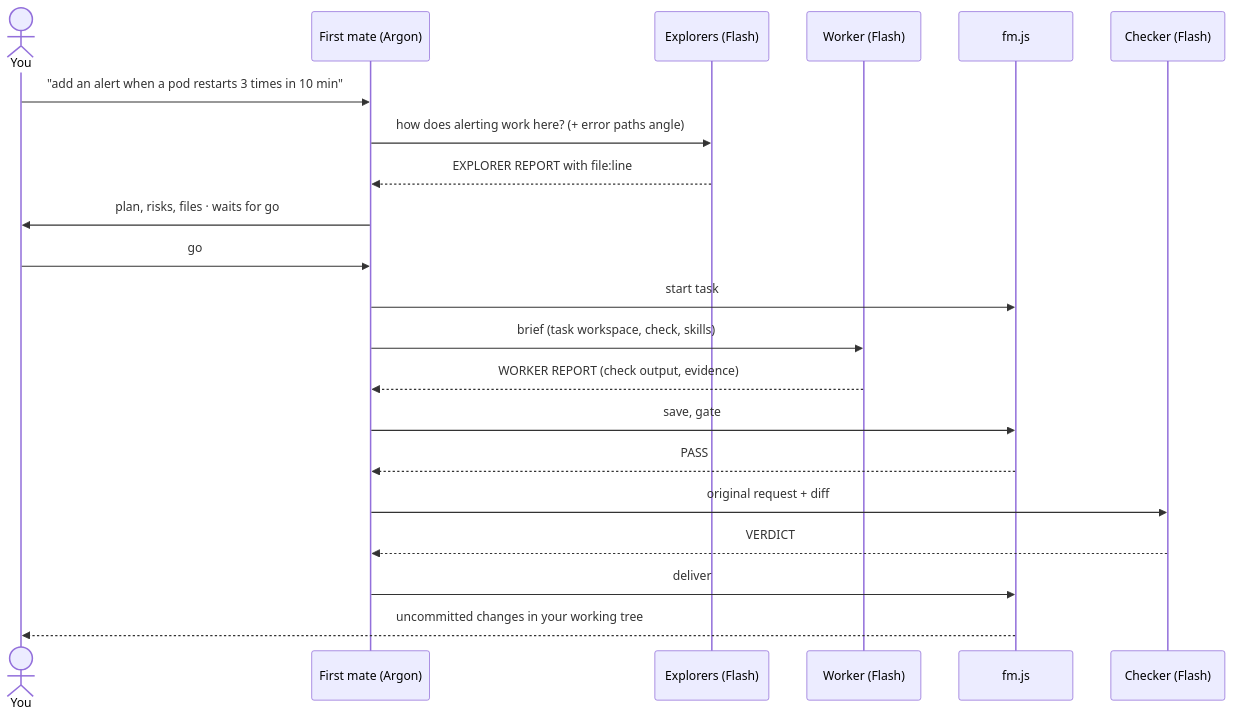
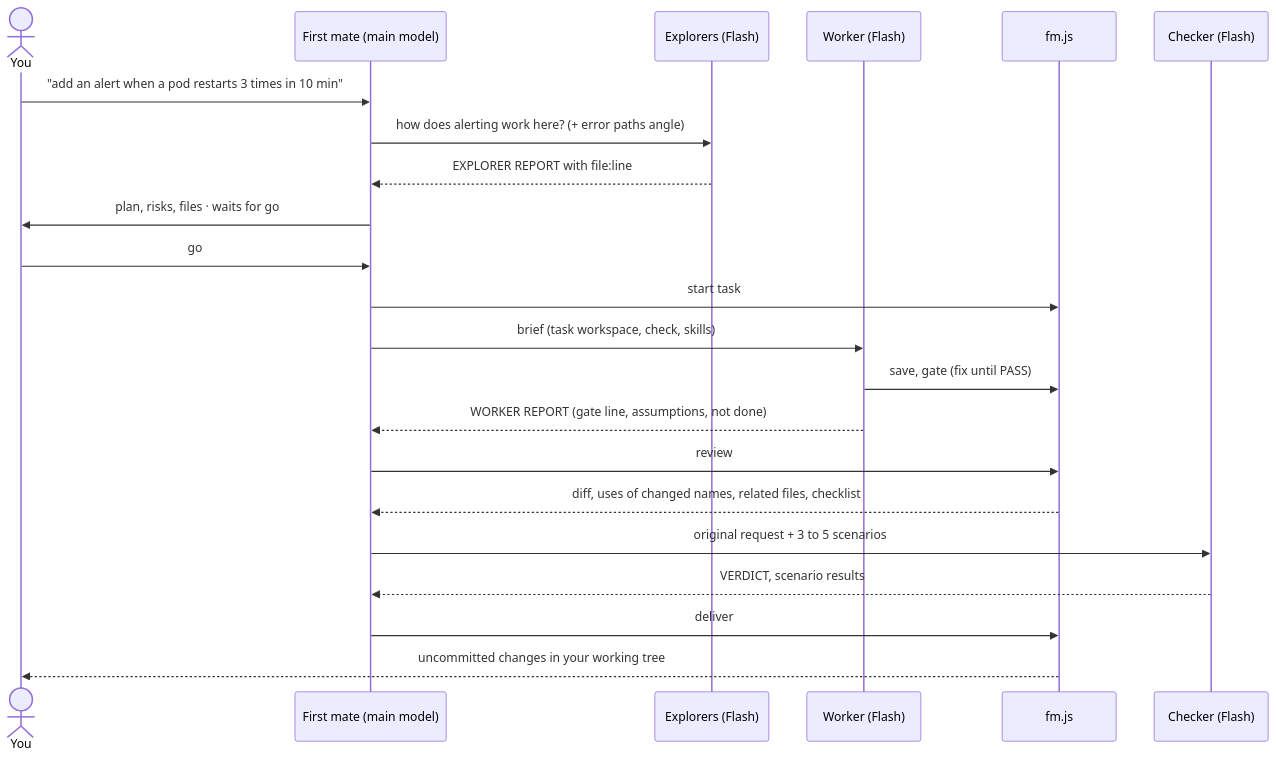
The second of 2 diagrams in README.md (cuongtt0201/antigravity-firstmate), drawn with Mermaid before and after one commit. The commit also changed other lines of this file and 13 other files, not shown here.

````diff
--- a/README.md
+++ b/README.md
@@ -84,23 +85,24 @@
 ```mermaid
 sequenceDiagram
   actor C as You
-  participant F as First mate (Argon)
+  participant F as First mate (main model)
   participant E as Explorers (Flash)
   participant W as Worker (Flash)
   participant S as fm.js
   participant K as Checker (Flash)
   C->>F: "add an alert when a pod restarts 3 times in 10 min"
   F->>E: how does alerting work here? (+ error paths angle)
   E-->>F: EXPLORER REPORT with file:line
   F->>C: plan, risks, files · waits for go
   C->>F: go
   F->>S: start task
   F->>W: brief (task workspace, check, skills)
-  W-->>F: WORKER REPORT (check output, evidence)
-  F->>S: save, gate
-  S-->>F: PASS
-  F->>K: original request + diff
-  K-->>F: VERDICT
+  W->>S: save, gate (fix until PASS)
+  W-->>F: WORKER REPORT (gate line, assumptions, not done)
+  F->>S: review
+  S-->>F: diff, uses of changed names, related files, checklist
+  F->>K: original request + 3 to 5 scenarios
+  K-->>F: VERDICT, scenario results
   F->>S: deliver
   S-->>C: uncommitted changes in your working tree
 ```
````
